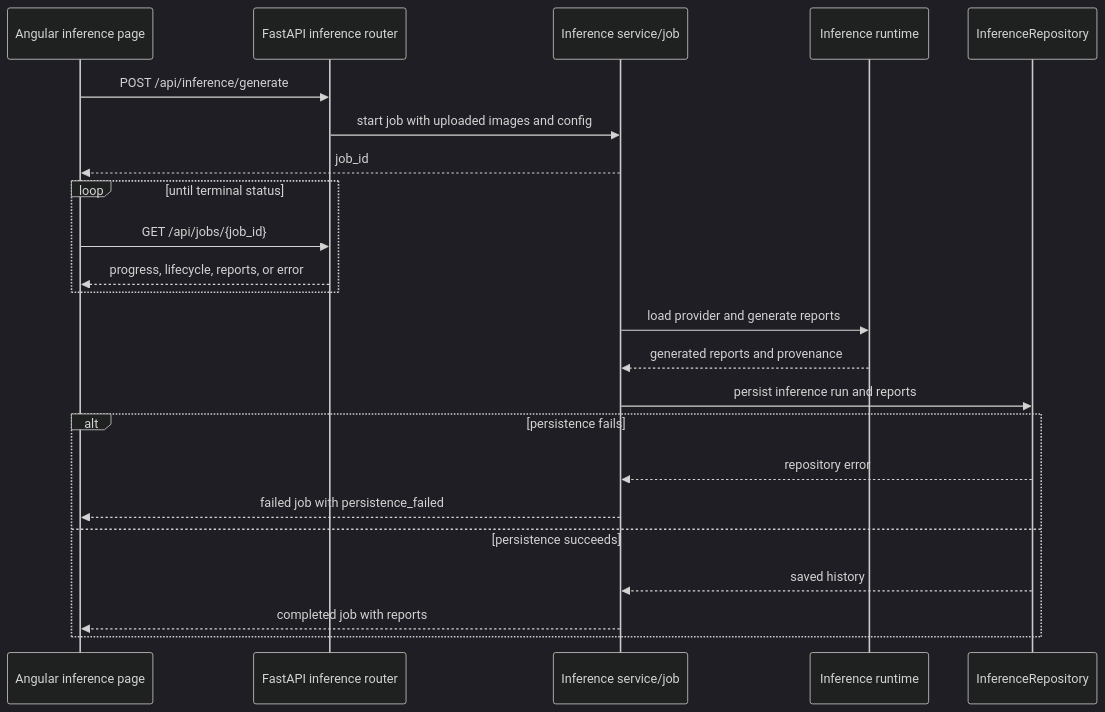
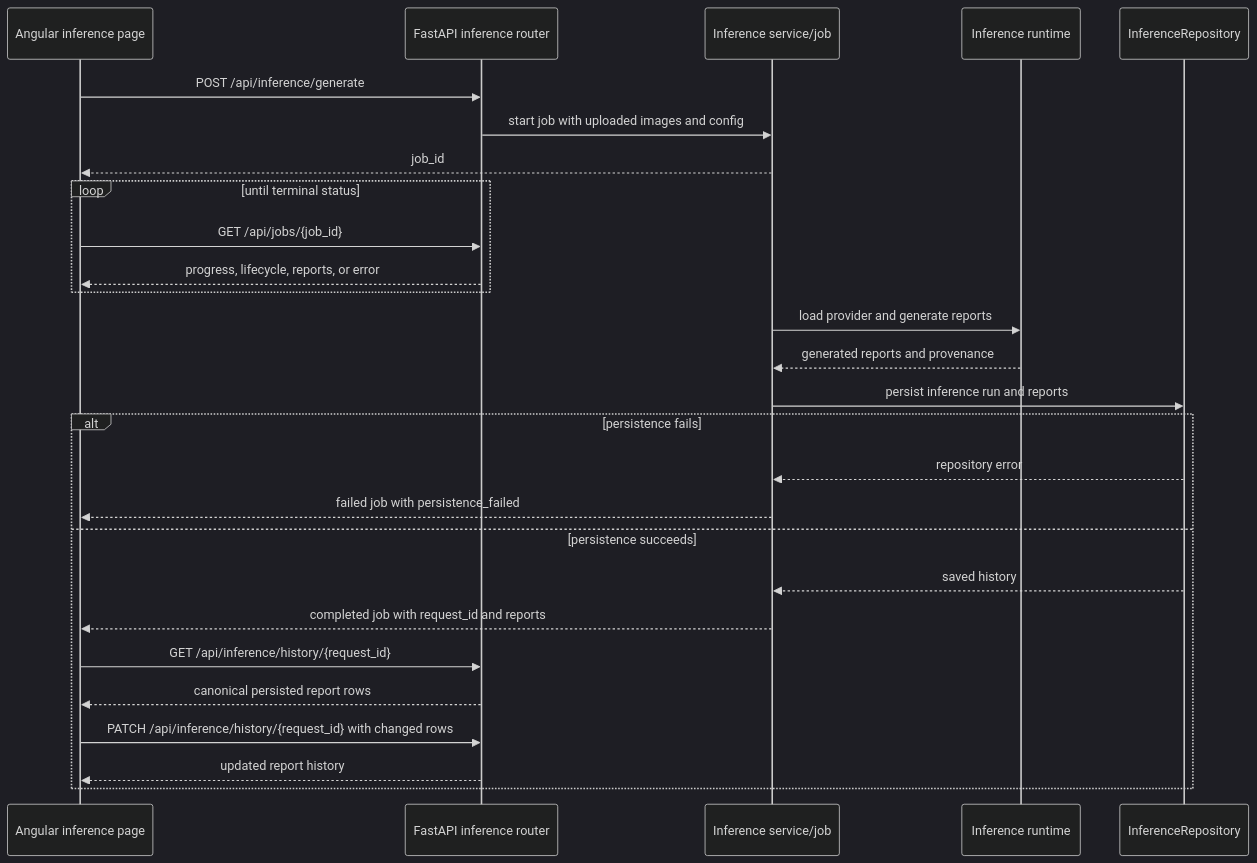
Before and after one commit to CTCycle/XREPORT-radiological-reports-generator: the first of 2 diagrams in assets/docs/architecture/execution_and_data_flow.md, drawn with Mermaid (dark theme). The commit also changed other lines of this file and 5 other files, not shown here.

````diff
--- a/assets/docs/architecture/execution_and_data_flow.md
+++ b/assets/docs/architecture/execution_and_data_flow.md
@@ -132,26 +132,30 @@
 ```mermaid
 sequenceDiagram
     participant UI as Angular inference page
     participant API as FastAPI inference router
     participant SVC as Inference service/job
     participant RT as Inference runtime
     participant DB as InferenceRepository
 
     UI->>API: POST /api/inference/generate
     API->>SVC: start job with uploaded images and config
     SVC-->>UI: job_id
     loop until terminal status
         UI->>API: GET /api/jobs/{job_id}
         API-->>UI: progress, lifecycle, reports, or error
     end
     SVC->>RT: load provider and generate reports
     RT-->>SVC: generated reports and provenance
     SVC->>DB: persist inference run and reports
     alt persistence fails
         DB-->>SVC: repository error
         SVC-->>UI: failed job with persistence_failed
     else persistence succeeds
         DB-->>SVC: saved history
-        SVC-->>UI: completed job with reports
+        SVC-->>UI: completed job with request_id and reports
+        UI->>API: GET /api/inference/history/{request_id}
+        API-->>UI: canonical persisted report rows
+        UI->>API: PATCH /api/inference/history/{request_id} with changed rows
+        API-->>UI: updated report history
     end
 ```
````
